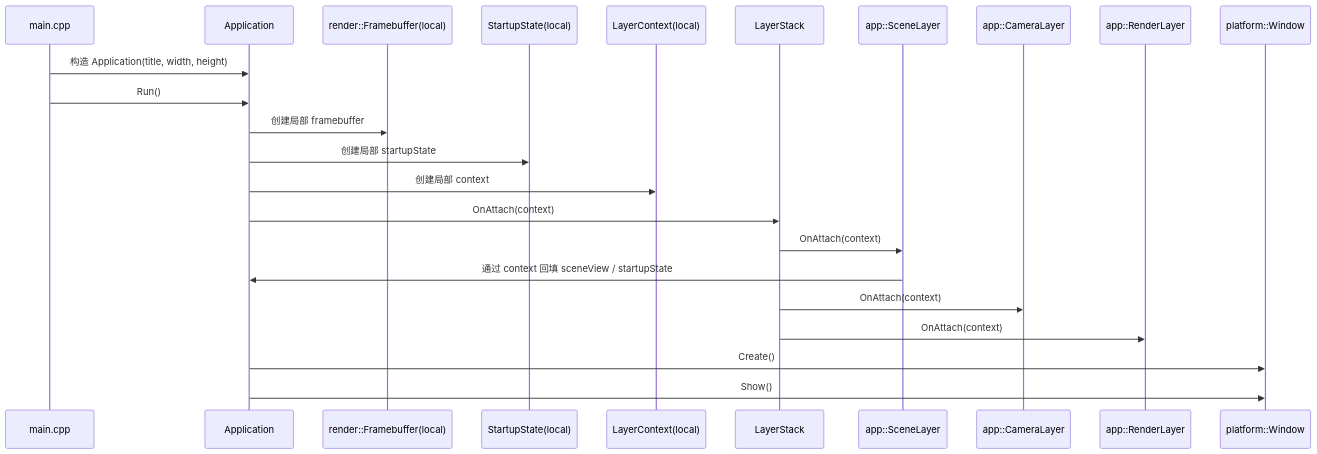
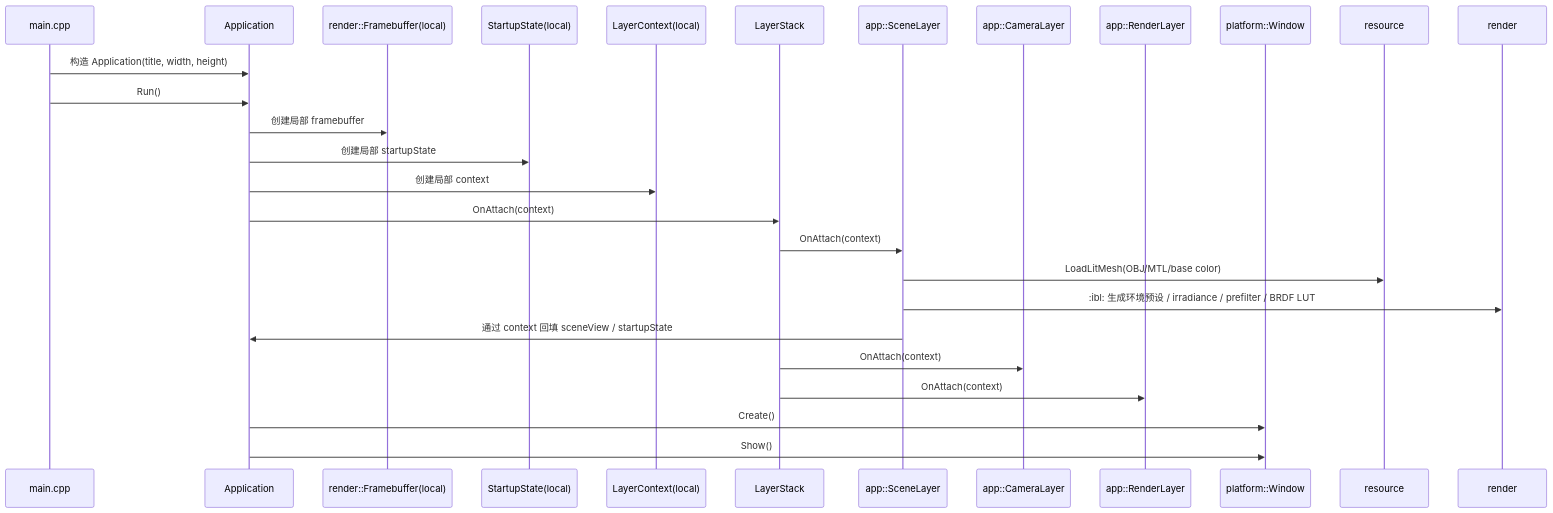
The second of 2 diagrams in docs/architecture/project-architecture.md (wanyan1114/softRenderer), drawn with Mermaid before and after one commit. The commit also changed other lines of this file and 32 other files, not shown here.

````diff
--- a/docs/architecture/project-architecture.md
+++ b/docs/architecture/project-architecture.md
@@ -78,26 +82,28 @@
 ```mermaid
 sequenceDiagram
     participant Main as main.cpp
     participant App as Application
     participant FB as render::Framebuffer(local)
     participant Startup as StartupState(local)
     participant Ctx as LayerContext(local)
     participant Layers as LayerStack
     participant SceneLayer as app::SceneLayer
     participant CameraLayer as app::CameraLayer
     participant RenderLayer as app::RenderLayer
     participant Window as platform::Window
 
     Main->>App: 构造 Application(title, width, height)
     Main->>App: Run()
     App->>FB: 创建局部 framebuffer
     App->>Startup: 创建局部 startupState
     App->>Ctx: 创建局部 context
     App->>Layers: OnAttach(context)
     Layers->>SceneLayer: OnAttach(context)
+    SceneLayer->>resource: LoadLitMesh(OBJ/MTL/base color)
+    SceneLayer->>render::ibl: 生成环境预设 / irradiance / prefilter / BRDF LUT
     SceneLayer->>App: 通过 context 回填 sceneView / startupState
     Layers->>CameraLayer: OnAttach(context)
     Layers->>RenderLayer: OnAttach(context)
     App->>Window: Create()
     App->>Window: Show()
 ```
````
